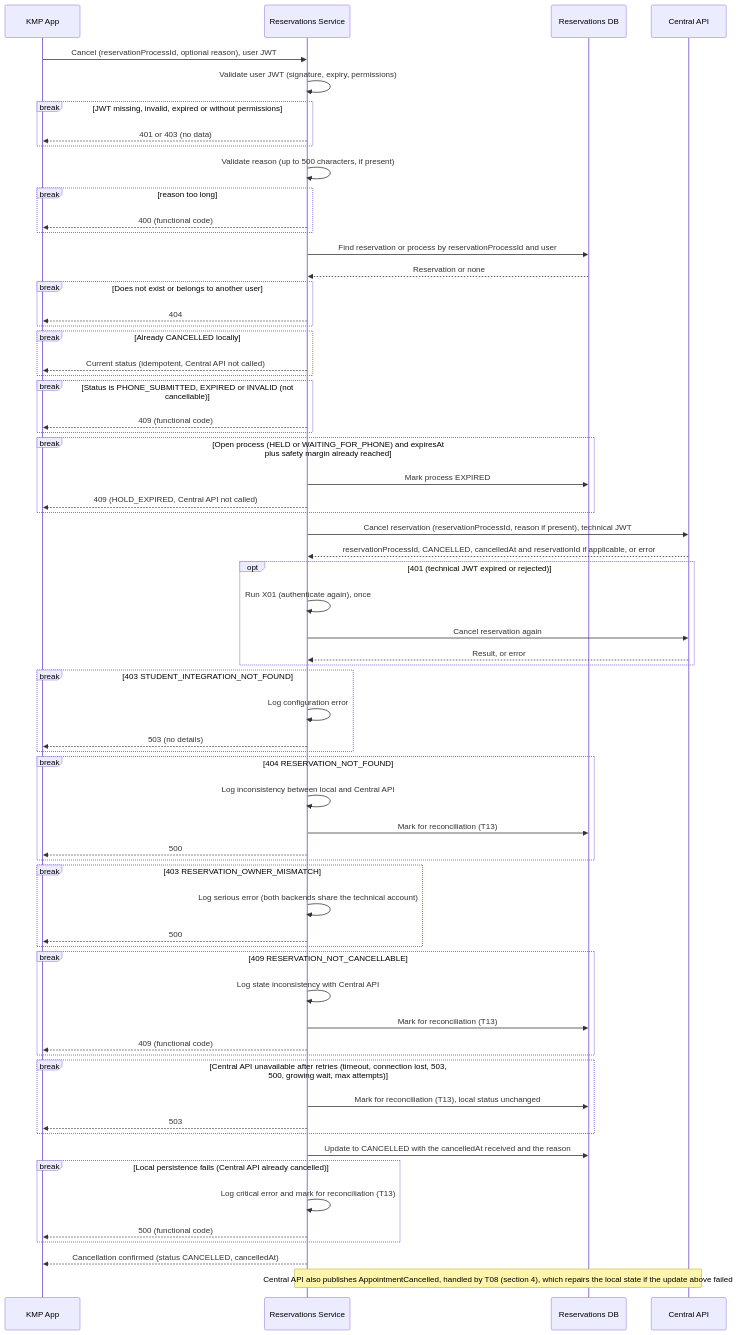
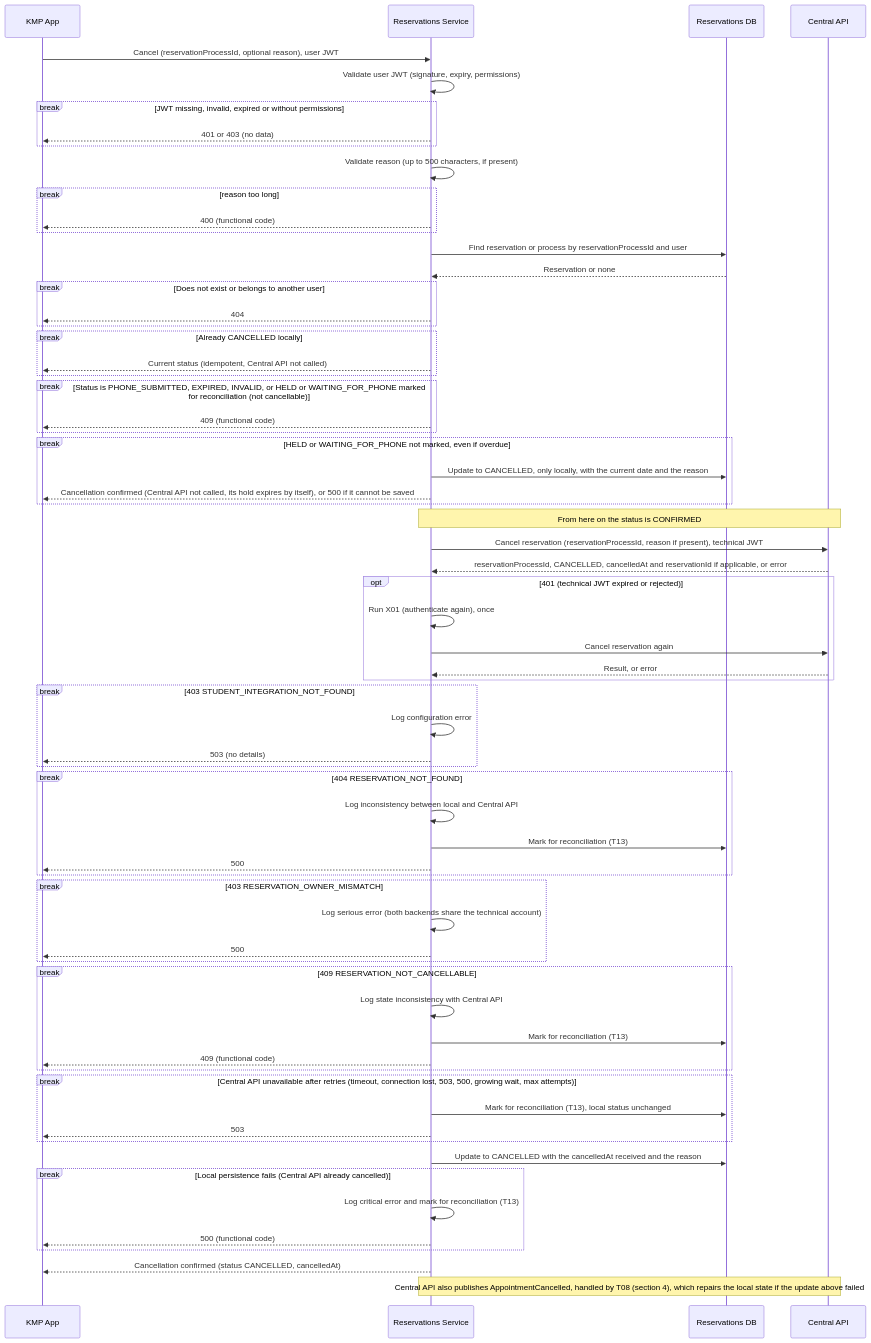
The sixth of 7 diagrams in docs/secuencias/turnos_y_reservas_secuencia.md (Programacion2-IgnacioMilutin-2026/turnos_service), drawn with Mermaid before and after one commit. The commit also changed 7 other files, not shown here.

````diff
--- a/docs/secuencias/turnos_y_reservas_secuencia.md
+++ b/docs/secuencias/turnos_y_reservas_secuencia.md
@@ -496,69 +496,70 @@
 ```mermaid
 sequenceDiagram
     participant App as KMP App
     participant Service as Reservations Service
     participant DB as Reservations DB
     participant Central as Central API
 
     App->>Service: Cancel (reservationProcessId, optional reason), user JWT
     Service->>Service: Validate user JWT (signature, expiry, permissions)
     break JWT missing, invalid, expired or without permissions
         Service-->>App: 401 or 403 (no data)
     end
     Service->>Service: Validate reason (up to 500 characters, if present)
     break reason too long
         Service-->>App: 400 (functional code)
     end
     Service->>DB: Find reservation or process by reservationProcessId and user
     DB-->>Service: Reservation or none
     break Does not exist or belongs to another user
         Service-->>App: 404
     end
     break Already CANCELLED locally
         Service-->>App: Current status (idempotent, Central API not called)
     end
-    break Status is PHONE_SUBMITTED, EXPIRED or INVALID (not cancellable)
+    break Status is PHONE_SUBMITTED, EXPIRED, INVALID, or HELD or WAITING_FOR_PHONE marked for reconciliation (not cancellable)
         Service-->>App: 409 (functional code)
     end
-    break Open process (HELD or WAITING_FOR_PHONE) and expiresAt plus safety margin already reached
-        Service->>DB: Mark process EXPIRED
-        Service-->>App: 409 (HOLD_EXPIRED, Central API not called)
+    break HELD or WAITING_FOR_PHONE not marked, even if overdue
+        Service->>DB: Update to CANCELLED, only locally, with the current date and the reason
+        Service-->>App: Cancellation confirmed (Central API not called, its hold expires by itself), or 500 if it cannot be saved
     end
 
+    Note over Service,Central: From here on the status is CONFIRMED
     Service->>Central: Cancel reservation (reservationProcessId, reason if present), technical JWT
     Central-->>Service: reservationProcessId, CANCELLED, cancelledAt and reservationId if applicable, or error
     opt 401 (technical JWT expired or rejected)
         Service->>Service: Run X01 (authenticate again), once
         Service->>Central: Cancel reservation again
         Central-->>Service: Result, or error
     end
     break 403 STUDENT_INTEGRATION_NOT_FOUND
         Service->>Service: Log configuration error
         Service-->>App: 503 (no details)
     end
     break 404 RESERVATION_NOT_FOUND
         Service->>Service: Log inconsistency between local and Central API
         Service->>DB: Mark for reconciliation (T13)
         Service-->>App: 500
     end
     break 403 RESERVATION_OWNER_MISMATCH
         Service->>Service: Log serious error (both backends share the technical account)
         Service-->>App: 500
     end
     break 409 RESERVATION_NOT_CANCELLABLE
         Service->>Service: Log state inconsistency with Central API
         Service->>DB: Mark for reconciliation (T13)
         Service-->>App: 409 (functional code)
     end
     break Central API unavailable after retries (timeout, connection lost, 503, 500, growing wait, max attempts)
         Service->>DB: Mark for reconciliation (T13), local status unchanged
         Service-->>App: 503
     end
     Service->>DB: Update to CANCELLED with the cancelledAt received and the reason
     break Local persistence fails (Central API already cancelled)
         Service->>Service: Log critical error and mark for reconciliation (T13)
         Service-->>App: 500 (functional code)
     end
     Service-->>App: Cancellation confirmed (status CANCELLED, cancelledAt)
     Note over Central,Service: Central API also publishes AppointmentCancelled, handled by T08 (section 4), which repairs the local state if the update above failed
 ```
````
